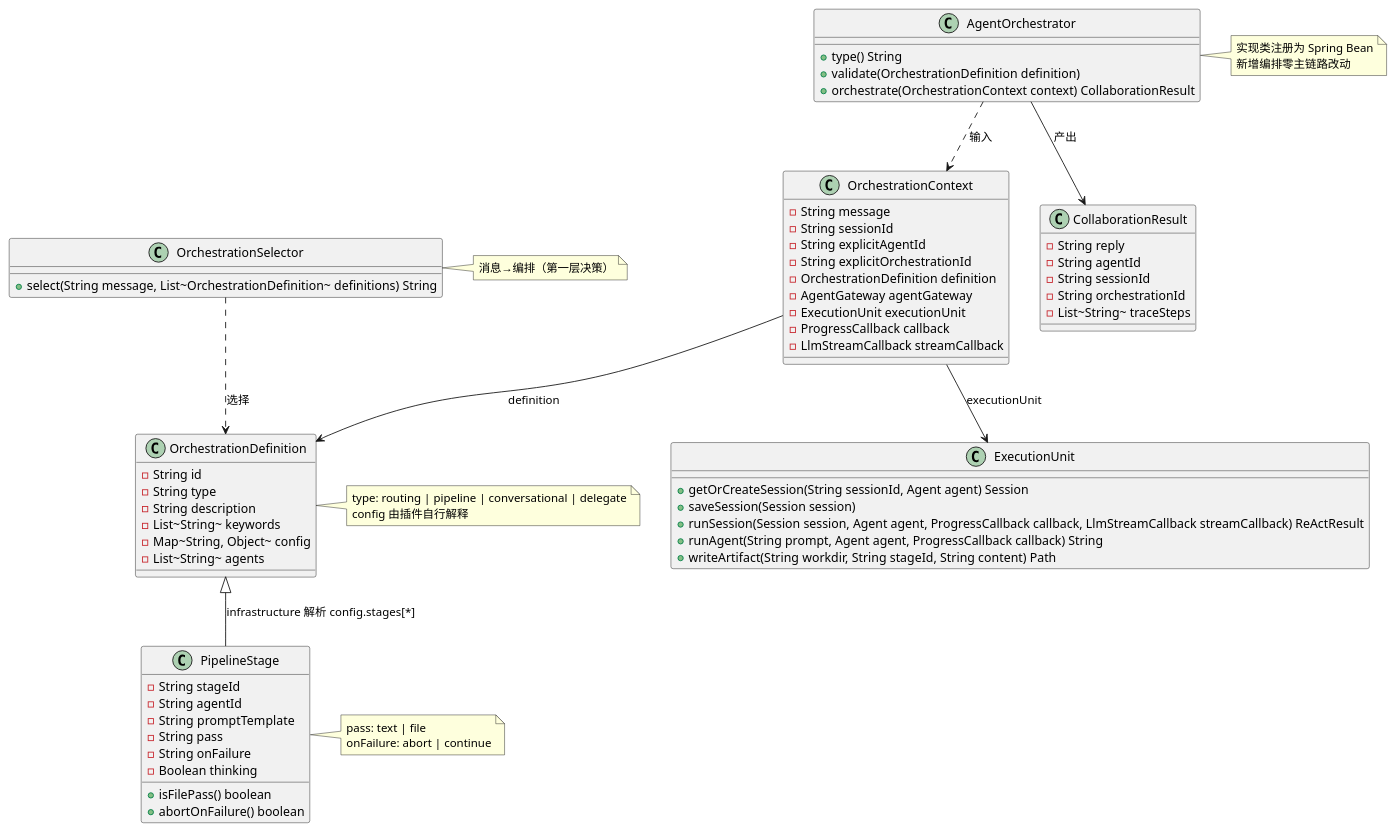
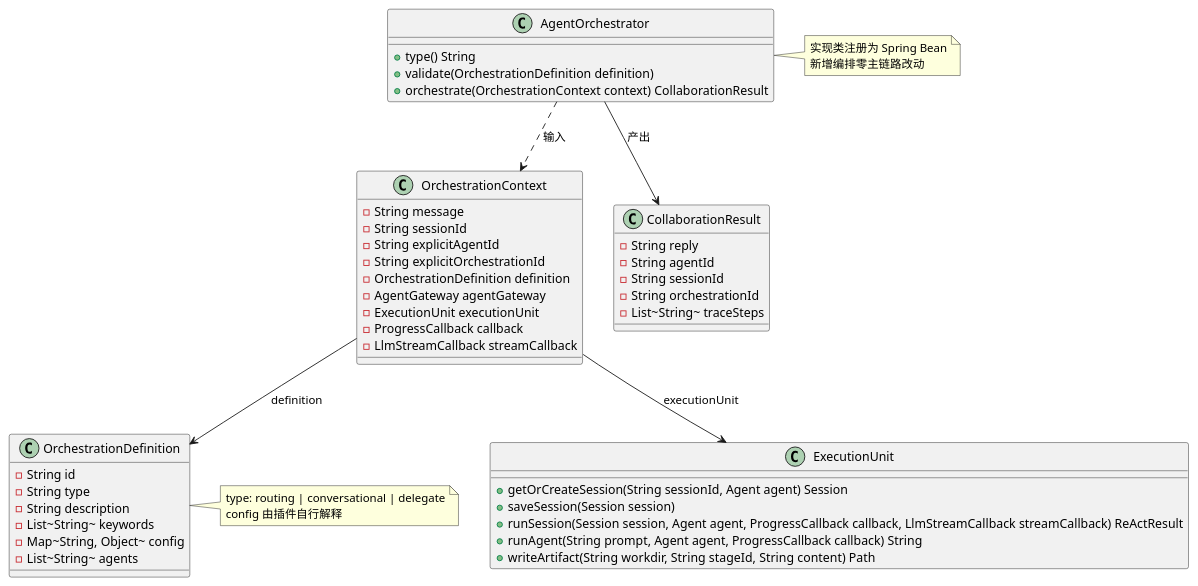
The sixth of 23 diagrams in mwb-ai-claw技术方案.md (mwb1219/mwb-ai-claw), drawn with PlantUML before and after one commit. The commit also changed other lines of this file and 30 other files, not shown here.

````diff
--- a/mwb-ai-claw技术方案.md
+++ b/mwb-ai-claw技术方案.md
@@ -710,7 +705,7 @@
         -List~String~ agents
     }
     note right of OrchestrationDefinition
-      type: routing | pipeline | conversational | delegate
+      type: routing | conversational | delegate
       config 由插件自行解释
     end note
     ' OrchestrationContext <<ValueObject>>
@@ -743,13 +738,6 @@
       实现类注册为 Spring Bean
       新增编排零主链路改动
     end note
-    ' OrchestrationSelector <<interface>>
-    class OrchestrationSelector {
-        +select(String message, List~OrchestrationDefinition~ definitions) String
-    }
-    note right of OrchestrationSelector
-      消息→编排（第一层决策）
-    end note
     ' ExecutionUnit <<Port>>
     class ExecutionUnit {
         +getOrCreateSession(String sessionId, Agent agent) Session
@@ -758,26 +746,9 @@
         +runAgent(String prompt, Agent agent, ProgressCallback callback) String
         +writeArtifact(String workdir, String stageId, String content) Path
     }
-    ' PipelineStage <<Infrastructure>>
-    class PipelineStage {
-        -String stageId
-        -String agentId
-        -String promptTemplate
-        -String pass
-        -String onFailure
-        -Boolean thinking
-        +isFilePass() boolean
-        +abortOnFailure() boolean
-    }
-    note right of PipelineStage
-      pass: text | file
-      onFailure: abort | continue
-    end note
     OrchestrationContext --> OrchestrationDefinition : definition
     OrchestrationContext --> ExecutionUnit : executionUnit
     AgentOrchestrator ..> OrchestrationContext : 输入
     AgentOrchestrator --> CollaborationResult : 产出
-    OrchestrationSelector ..> OrchestrationDefinition : 选择
-    OrchestrationDefinition <|-- PipelineStage : "infrastructure 解析 config.stages[*]"
 @enduml
 ```
````
